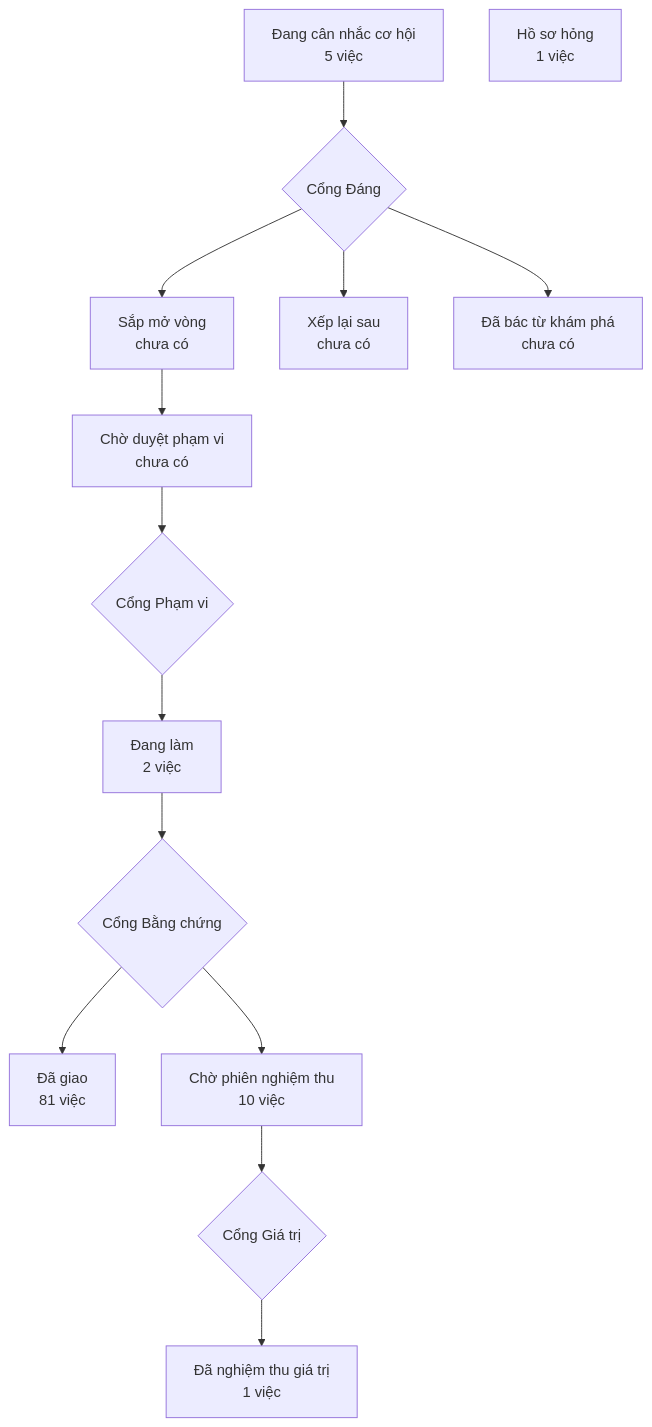
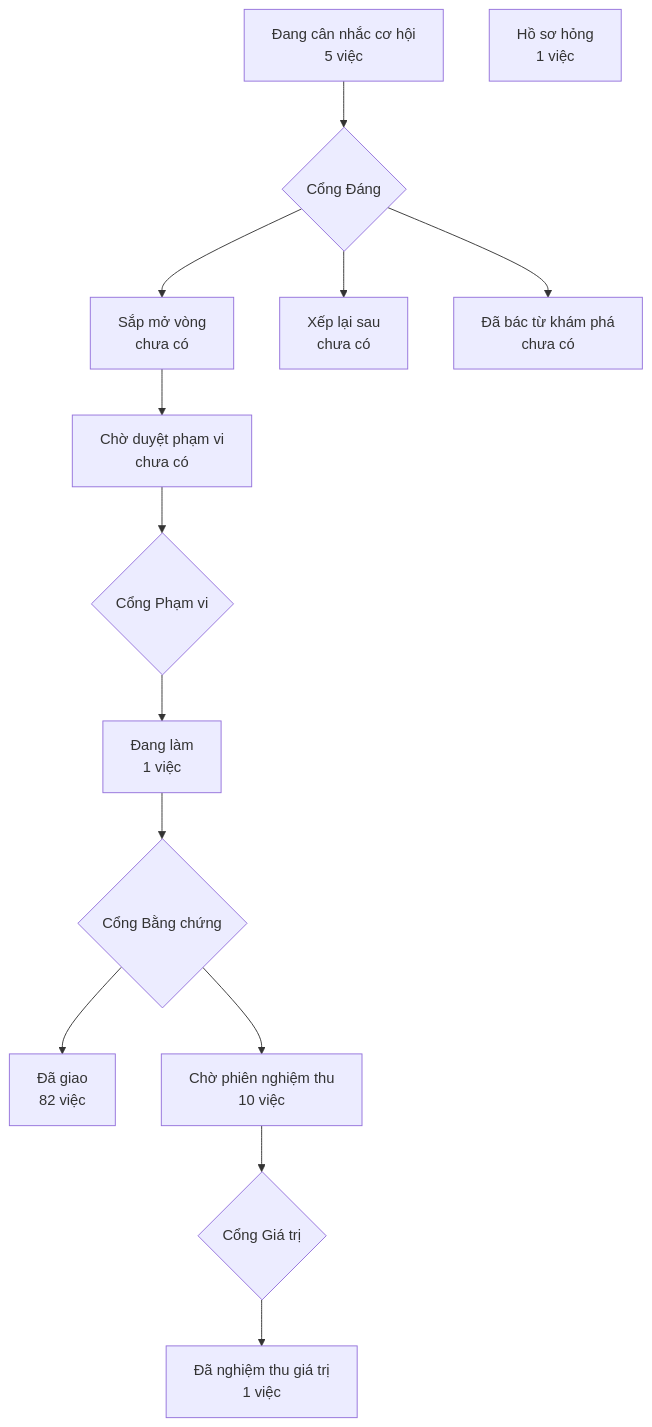
Before and after one commit to phanlemanh/crm-onehub: the diagram in PRODUCT-MAP.md, drawn with Mermaid. The commit also changed 3 other files, not shown here.

````diff
--- a/PRODUCT-MAP.md
+++ b/PRODUCT-MAP.md
@@ -6,13 +6,13 @@
 ```mermaid
 flowchart TD
   A["Đang cân nhắc cơ hội<br/>5 việc"] --> GD{"Cổng Đáng"}
   GD --> B["Sắp mở vòng<br/>chưa có"]
   GD --> XL["Xếp lại sau<br/>chưa có"]
   GD --> DB["Đã bác từ khám phá<br/>chưa có"]
   B --> CD["Chờ duyệt phạm vi<br/>chưa có"] --> GP{"Cổng Phạm vi"}
-  GP --> DL["Đang làm<br/>2 việc"] --> GB{"Cổng Bằng chứng"}
-  GB --> DG["Đã giao<br/>81 việc"]
+  GP --> DL["Đang làm<br/>1 việc"] --> GB{"Cổng Bằng chứng"}
+  GB --> DG["Đã giao<br/>82 việc"]
   GB --> CN["Chờ phiên nghiệm thu<br/>10 việc"] --> GG{"Cổng Giá trị"}
   GG --> NT["Đã nghiệm thu giá trị<br/>1 việc"]
   HS["Hồ sơ hỏng<br/>1 việc"]
 ```
````
